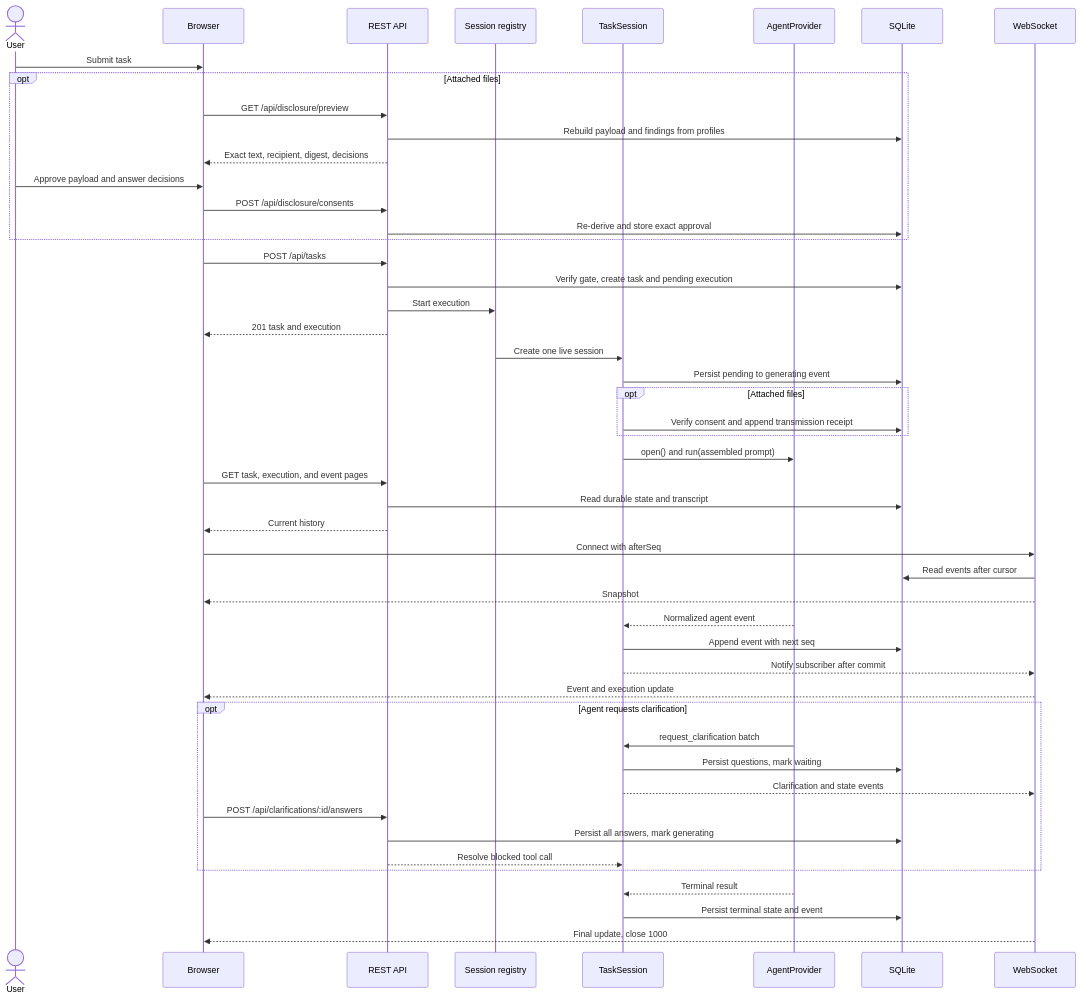
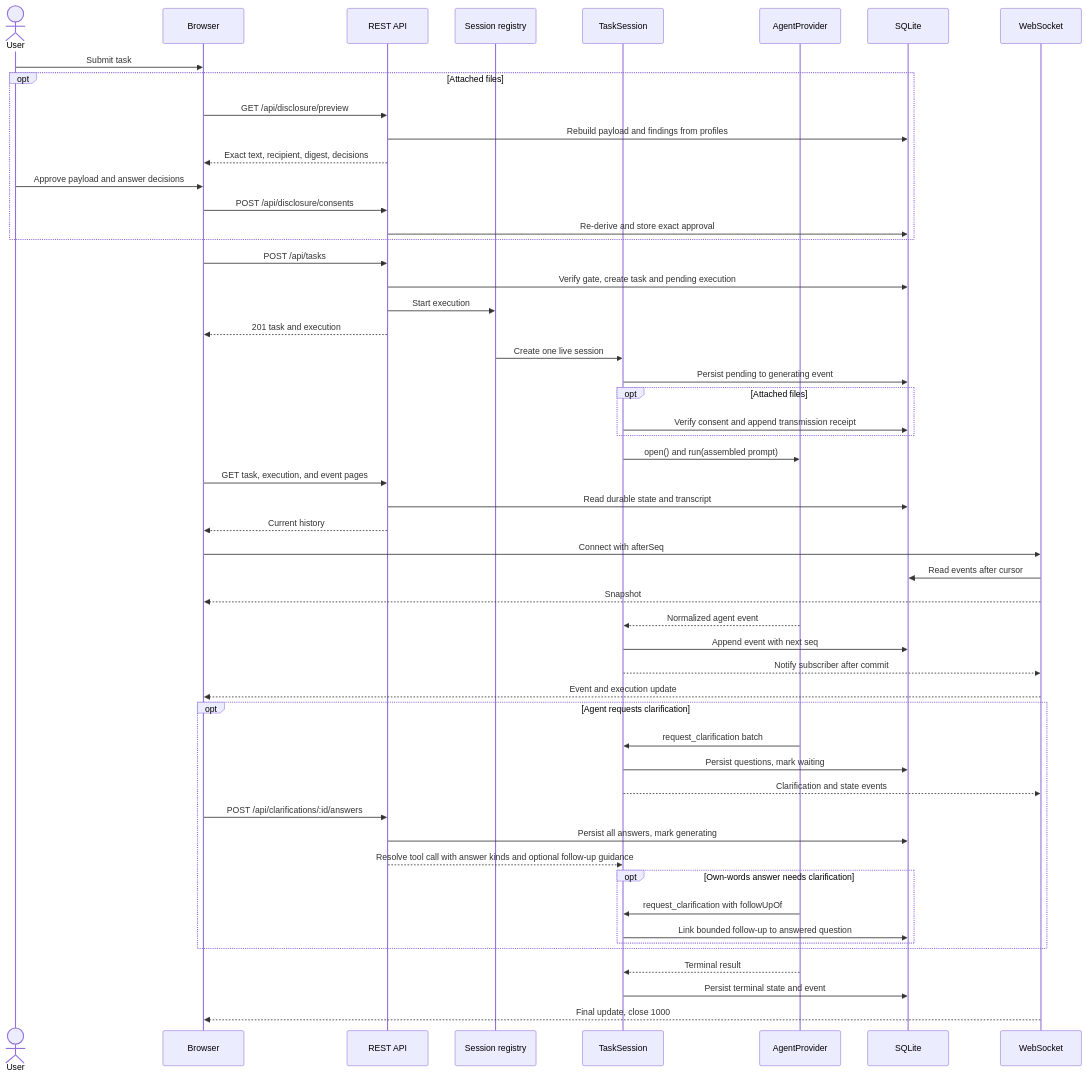
Before and after one commit to abranjith/auto-mate: the sixth of 12 diagrams in docs/architecture.md, drawn with Mermaid. The commit also changed other lines of this file and 45 other files, not shown here.

````diff
--- a/docs/architecture.md
+++ b/docs/architecture.md
@@ -380,52 +380,56 @@
 ```mermaid
 sequenceDiagram
   actor U as User
   participant B as Browser
   participant R as REST API
   participant G as Session registry
   participant S as TaskSession
   participant A as AgentProvider
   participant D as SQLite
   participant W as WebSocket
 
   U->>B: Submit task
   opt Attached files
     B->>R: GET /api/disclosure/preview
     R->>D: Rebuild payload and findings from profiles
     R-->>B: Exact text, recipient, digest, decisions
     U->>B: Approve payload and answer decisions
     B->>R: POST /api/disclosure/consents
     R->>D: Re-derive and store exact approval
   end
   B->>R: POST /api/tasks
   R->>D: Verify gate, create task and pending execution
   R->>G: Start execution
   R-->>B: 201 task and execution
   G->>S: Create one live session
   S->>D: Persist pending to generating event
   opt Attached files
     S->>D: Verify consent and append transmission receipt
   end
   S->>A: open() and run(assembled prompt)
   B->>R: GET task, execution, and event pages
   R->>D: Read durable state and transcript
   R-->>B: Current history
   B->>W: Connect with afterSeq
   W->>D: Read events after cursor
   W-->>B: Snapshot
   A-->>S: Normalized agent event
   S->>D: Append event with next seq
   S-->>W: Notify subscriber after commit
   W-->>B: Event and execution update
   opt Agent requests clarification
     A->>S: request_clarification batch
     S->>D: Persist questions, mark waiting
     S-->>W: Clarification and state events
     B->>R: POST /api/clarifications/:id/answers
     R->>D: Persist all answers, mark generating
-    R-->>S: Resolve blocked tool call
+    R-->>S: Resolve tool call with answer kinds and optional follow-up guidance
+    opt Own-words answer needs clarification
+      A->>S: request_clarification with followUpOf
+      S->>D: Link bounded follow-up to answered question
+    end
   end
   A-->>S: Terminal result
   S->>D: Persist terminal state and event
   W-->>B: Final update, close 1000
 ```
````
